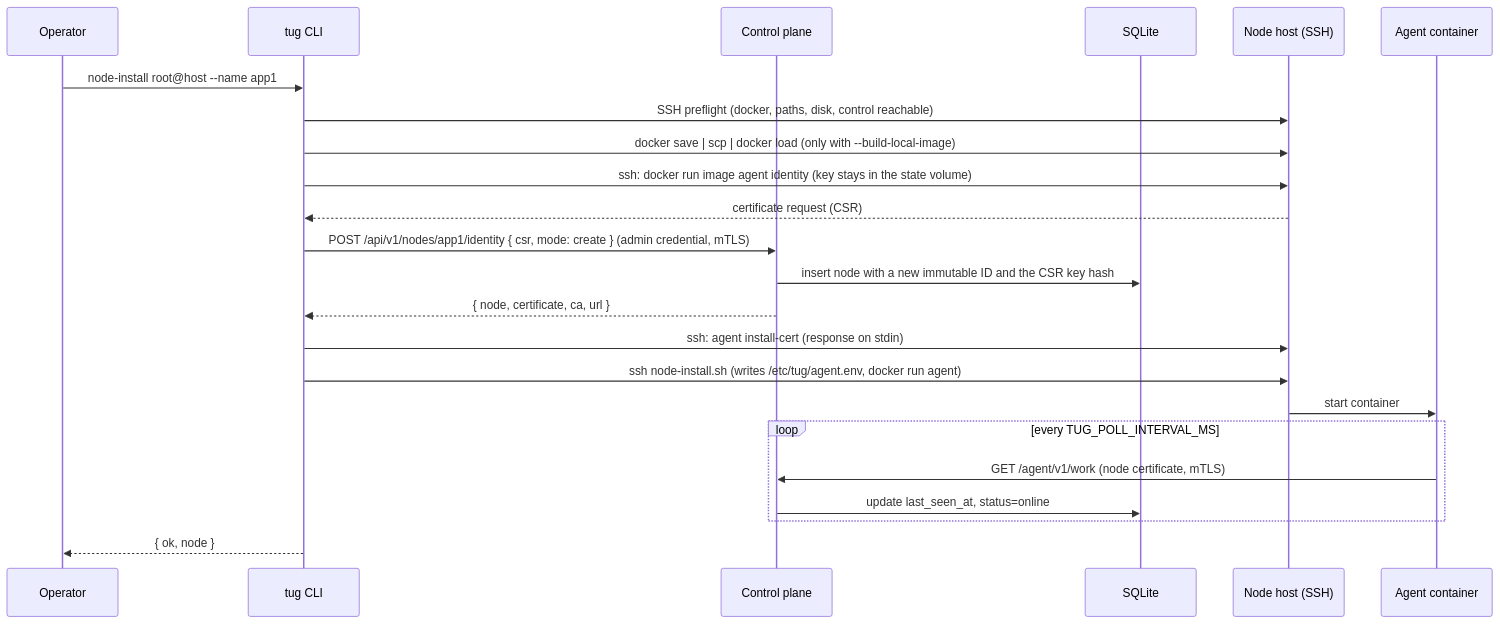
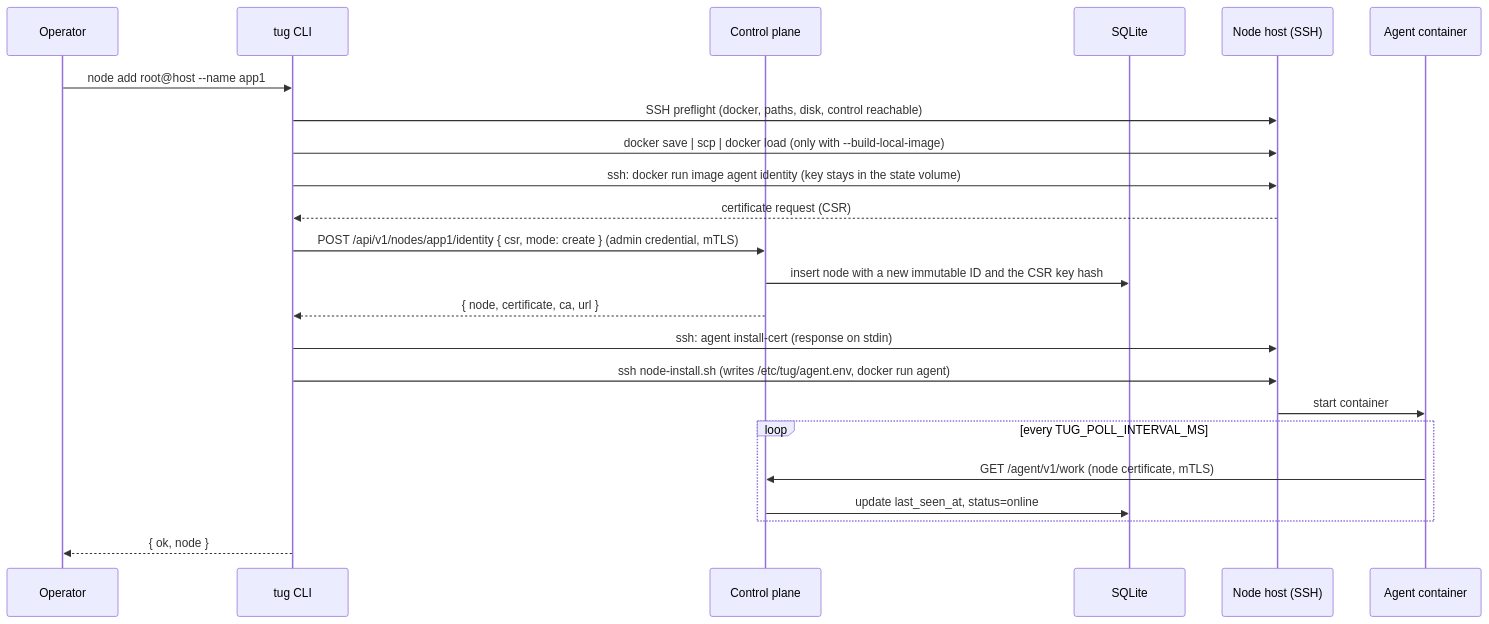
The first of 5 diagrams in docs/architecture.md (wpelevator/tug), drawn with Mermaid before and after one commit. The commit also changed other lines of this file and 60 other files, not shown here.

Commit message:
Group the CLI as tug <subject> <verb>, add tug setup and node onboarding

````diff
--- a/docs/architecture.md
+++ b/docs/architecture.md
@@ -64,26 +64,26 @@
 ```mermaid
 sequenceDiagram
     participant Op as Operator
     participant CLI as tug CLI
     participant Ctrl as Control plane
     participant DB as SQLite
     participant Host as Node host (SSH)
     participant Agent as Agent container
 
-    Op->>CLI: node-install root@host --name app1
+    Op->>CLI: node add root@host --name app1
     CLI->>Host: SSH preflight (docker, paths, disk, control reachable)
     CLI->>Host: docker save | scp | docker load (only with --build-local-image)
     CLI->>Host: ssh: docker run image agent identity (key stays in the state volume)
     Host-->>CLI: certificate request (CSR)
     CLI->>Ctrl: POST /api/v1/nodes/app1/identity { csr, mode: create } (admin credential, mTLS)
     Ctrl->>DB: insert node with a new immutable ID and the CSR key hash
     Ctrl-->>CLI: { node, certificate, ca, url }
     CLI->>Host: ssh: agent install-cert (response on stdin)
     CLI->>Host: ssh node-install.sh (writes /etc/tug/agent.env, docker run agent)
     Host->>Agent: start container
     loop every TUG_POLL_INTERVAL_MS
         Agent->>Ctrl: GET /agent/v1/work (node certificate, mTLS)
         Ctrl->>DB: update last_seen_at, status=online
     end
     CLI-->>Op: { ok, node }
 ```
````
